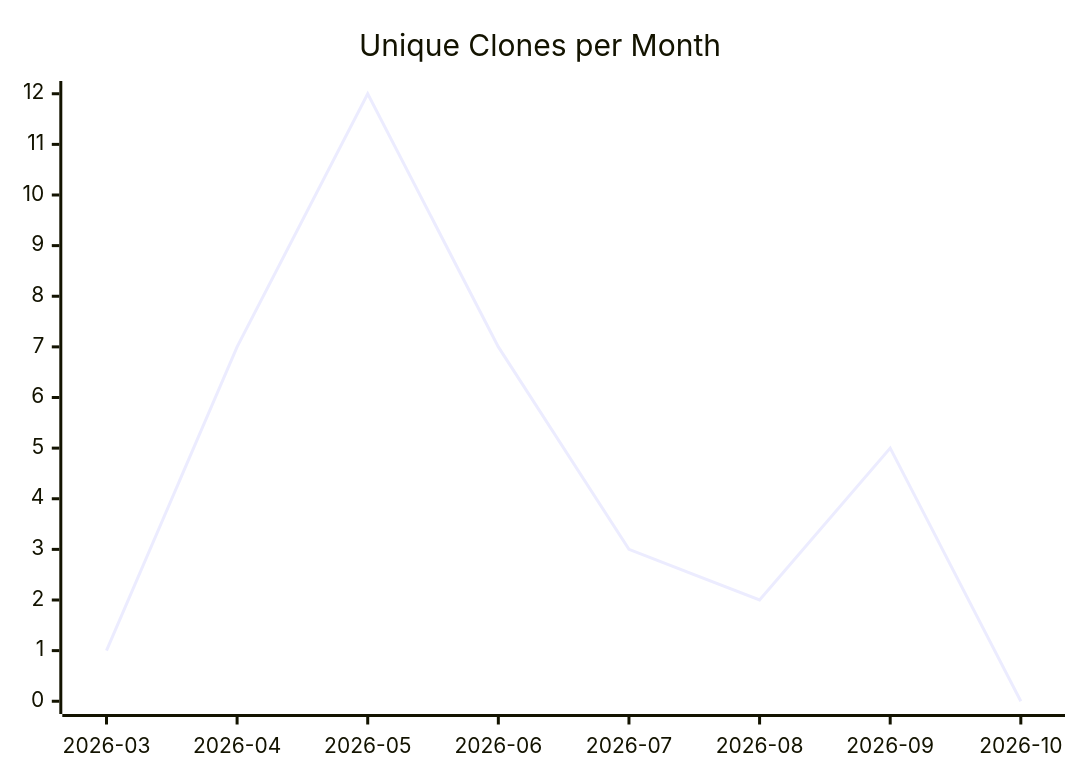
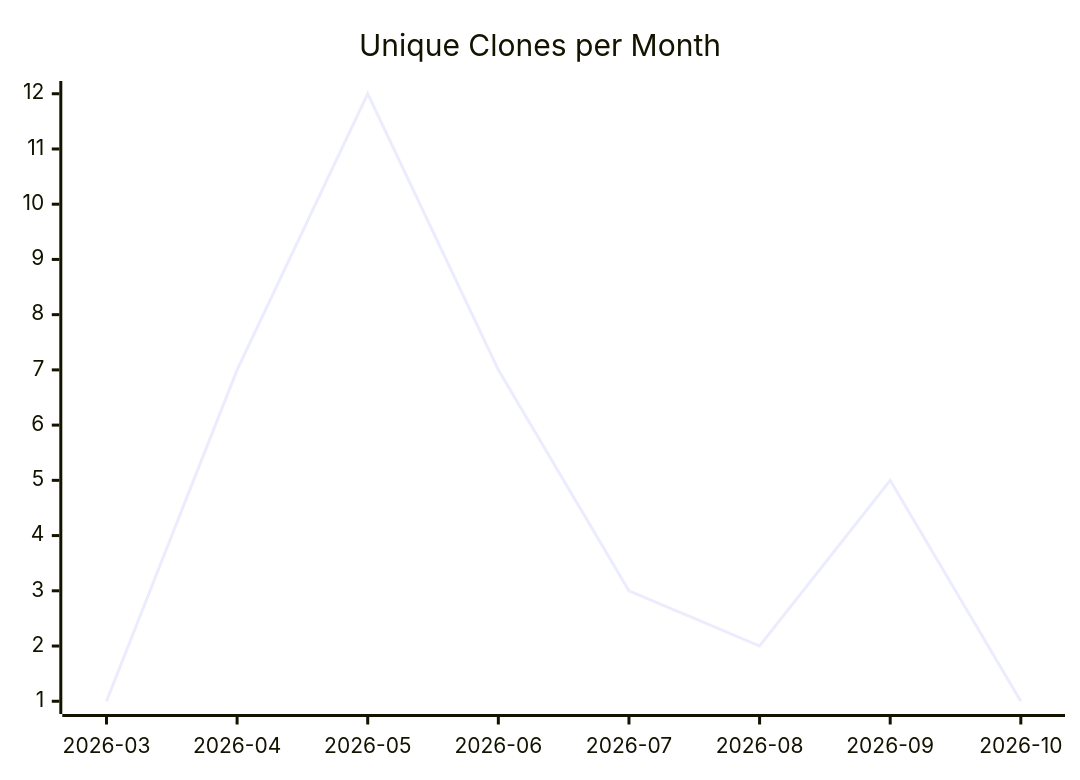
The third of 3 diagrams in karlmdavis/sample-maven-and-rcp/README.md (justdavis-family/github-analytics-data), drawn with Mermaid before and after one commit. The commit also changed other lines of this file and 203 other files, not shown here.

````diff
--- a/karlmdavis/sample-maven-and-rcp/README.md
+++ b/karlmdavis/sample-maven-and-rcp/README.md
@@ -19,6 +19,6 @@
 ```mermaid
 xychart-beta
   title "Unique Clones per Month"
   x-axis ["2026-03", "2026-04", "2026-05", "2026-06", "2026-07", "2026-08", "2026-09", "2026-10"]
-  line [1, 7, 12, 7, 3, 2, 5, 0]
+  line [1, 7, 12, 7, 3, 2, 5, 1]
 ```
````
